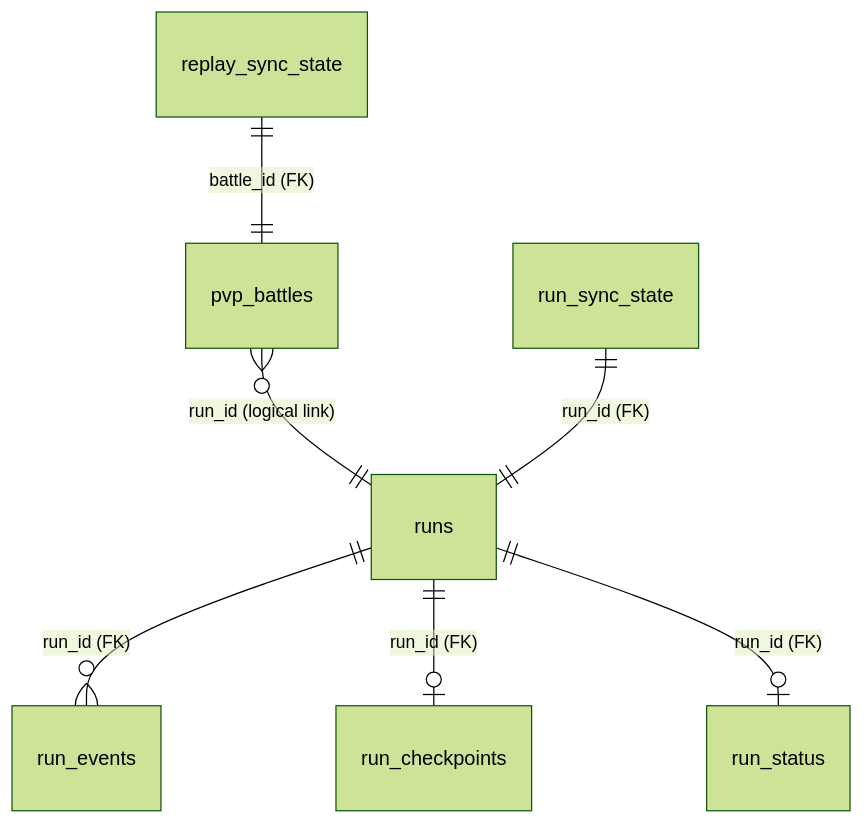
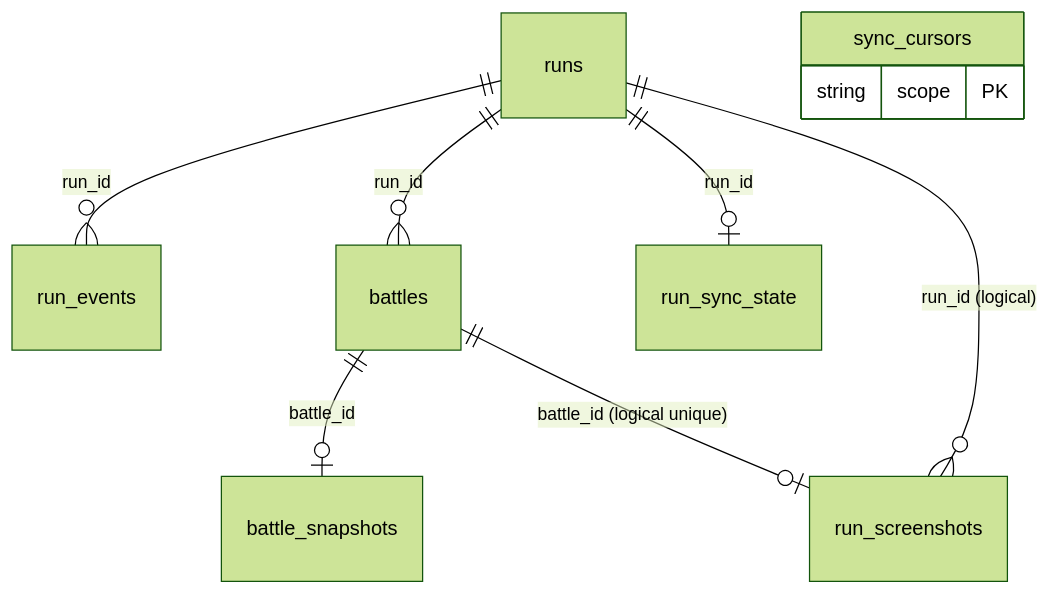
The diagram in docs/reference/sqlite-schema-reference.md (BazaarPlusPlus/bazaarplusplus-mod), drawn with Mermaid (forest theme) before and after one commit. The commit also changed other lines of this file, not shown here.

````diff
--- a/docs/reference/sqlite-schema-reference.md
+++ b/docs/reference/sqlite-schema-reference.md
@@ -42,9 +65,12 @@
 ```mermaid
 erDiagram
-    runs ||--o{ run_events : "run_id (FK)"
-    runs ||--o| run_checkpoints : "run_id (FK)"
-    runs ||--o| run_status : "run_id (FK)"
-    pvp_battles }o--|| runs : "run_id (logical link)"
-    run_sync_state ||--|| runs : "run_id (FK)"
-    replay_sync_state ||--|| pvp_battles : "battle_id (FK)"
+    runs ||--o{ run_events : "run_id"
+    runs ||--o{ battles : "run_id"
+    battles ||--o| battle_snapshots : "battle_id"
+    runs ||--o| run_sync_state : "run_id"
+    runs ||--o{ run_screenshots : "run_id (logical)"
+    battles ||--o| run_screenshots : "battle_id (logical unique)"
+    sync_cursors {
+        string scope PK
+    }
 ```
````
